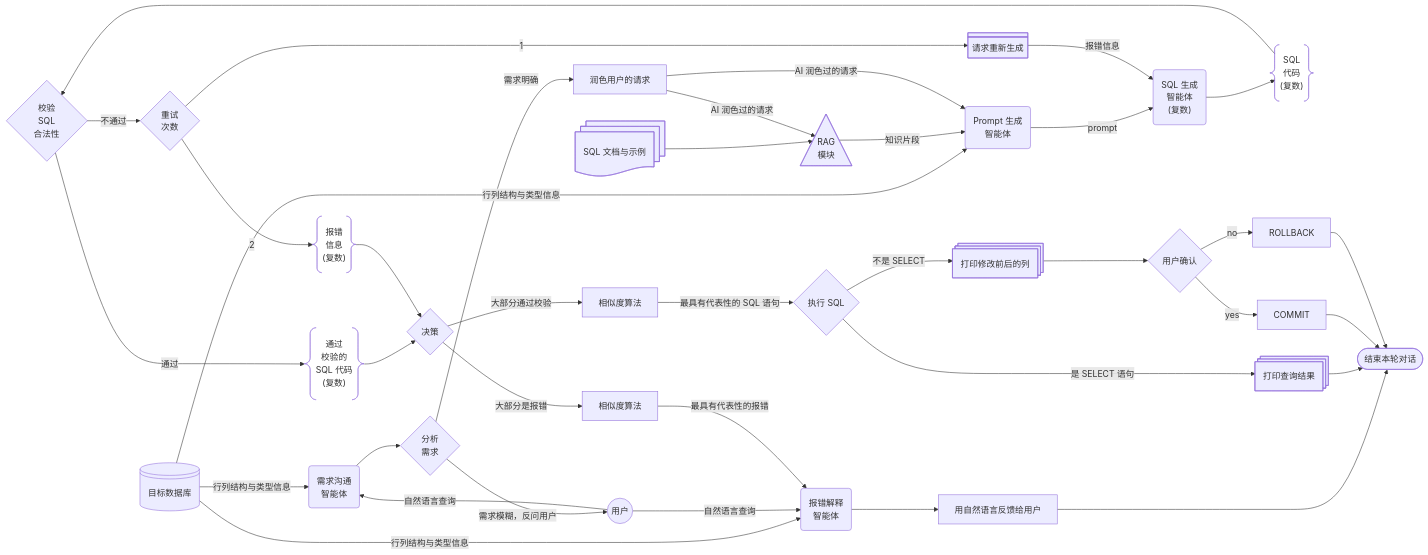
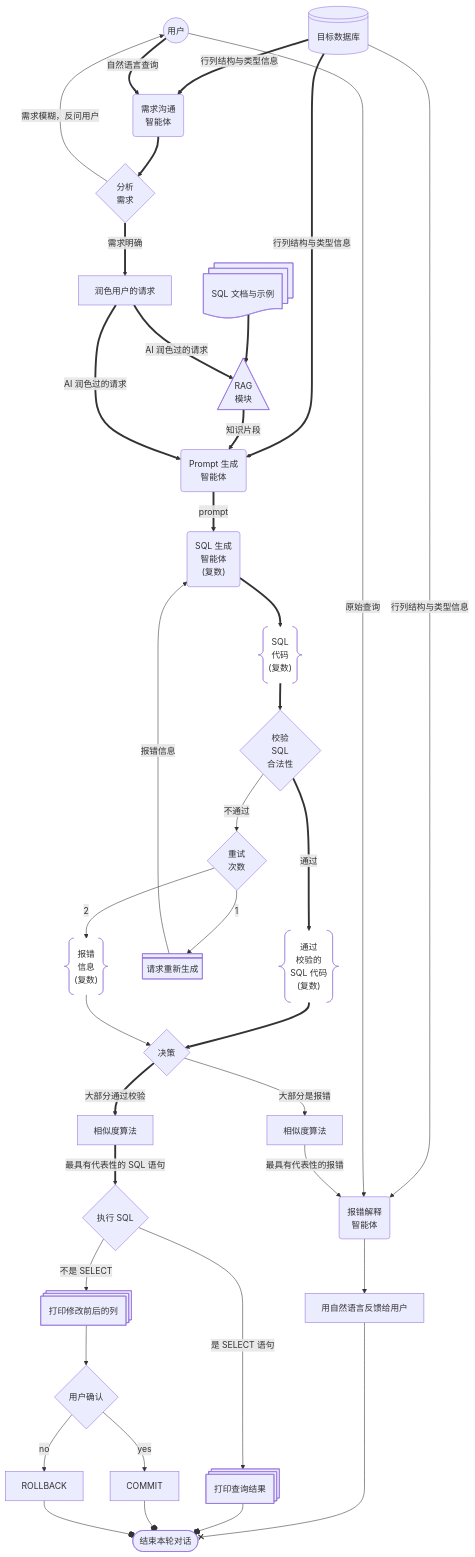
Before and after one commit to shynur/sqlbot: the diagram in paper/paper.md, drawn with Mermaid.

````diff
--- a/paper/paper.md
+++ b/paper/paper.md
@@ -261,34 +261,38 @@
 ```mermaid
-graph LR
+graph TD
+
+user((用户))
 
 check_sql{"`校验<br>SQL<br>合法性`"}
 
-print_err --> ended@{ shape: stadium, label: "结束本轮对话" }
+print_err --x ended@{ shape: stadium, label: "结束本轮对话" }
 
-db@{ shape: lin-cyl, label: "目标数据库" } --行列结构与类型信息--> AI_gen_prompt("`Prompt 生成<br>智能体`") & AI_commu & AI_sorry
+db@{ shape: lin-cyl, label: "目标数据库" } ==行列结构与类型信息==> AI_gen_prompt("`Prompt 生成<br>智能体`") & AI_commu
+db --行列结构与类型信息--> AI_sorry
 
-doc@{ shape: docs, label: "SQL 文档与示例"} --> rag@{ shape: tri, label: "RAG<br>模块" }
-rag --知识片段--> AI_gen_prompt
+doc@{ shape: docs, label: "SQL 文档与示例"} ==> rag@{ shape: tri, label: "RAG<br>模块" } ==知识片段==> AI_gen_prompt
 
-user((用户)) --自然语言查询--> AI_commu(需求沟通<br>智能体) & AI_sorry
-AI_commu --> compreh{分析<br>需求}
+user ==自然语言查询==> AI_commu(需求沟通<br>智能体)
+user --原始查询--> AI_sorry
+AI_commu ==> compreh{分析<br>需求}
 compreh --需求模糊，反问用户--> user
-compreh --需求明确--> polish[润色用户的请求] --"AI 润色过的请求"--> rag & AI_gen_prompt
-AI_gen_prompt --prompt--> AI_gen_sql("`SQL 生成<br>智能体<br>(复数)`")
+compreh ==需求明确==> polish[润色用户的请求] =="AI 润色过的请求"==> rag & AI_gen_prompt
+AI_gen_prompt ==prompt==> AI_gen_sql("`SQL 生成<br>智能体<br>(复数)`")
 
-AI_gen_sql --> sql1@{ shape: braces, label: "SQL<br>代码<br>(复数)" } --> check_sql
-check_sql --通过--> sql2@{ shape: braces, label: "通过<br>校验的<br>SQL 代码<br>(复数)" }
+AI_gen_sql ==> sql1@{ shape: braces, label: "SQL<br>代码<br>(复数)" } ==> check_sql
+check_sql ==通过==> sql2@{ shape: braces, label: "通过<br>校验的<br>SQL 代码<br>(复数)" }
 check_sql --不通过--> retry{"`重试<br>次数`"}
 retry --1--> re_gen_sql@{ shape: div-rect, label: "请求重新生成" }
 re_gen_sql --报错信息--> AI_gen_sql
 retry --2--> errs@{ shape: braces, label: "报错<br>信息<br>(复数)" }
 
-sql2 & errs --> cmp{决策}
+sql2 ==> cmp{决策}
+errs --> cmp{决策}
 cmp --大部分是报错--> sim_err[相似度算法] --最具有代表性的报错--> AI_sorry("`报错解释<br>智能体`") --> print_err[用自然语言反馈给用户]
-cmp --大部分通过校验--> sim_sql[相似度算法] --"最具有代表性的 SQL 语句"--> exec{执行 SQL}
+cmp ==大部分通过校验==> sim_sql[相似度算法] =="最具有代表性的 SQL 语句"==> exec{执行 SQL}
 
-exec --"是 SELECT 语句"--> print_select@{ shape: procs, label: "打印查询结果" } --> ended
+exec --"是 SELECT 语句"--> print_select@{ shape: procs, label: "打印查询结果" } --o ended
 exec --"不是 SELECT"--> print_update@{ shape: procs, label: "打印修改前后的列" } --> confirm{用户确认}
-confirm --yes--> commit[COMMIT] --> ended
-confirm --"no"--> rollback[ROLLBACK] --> ended
+confirm --yes--> commit[COMMIT] --o ended
+confirm --"no"--> rollback[ROLLBACK] --o ended
 ```
````
